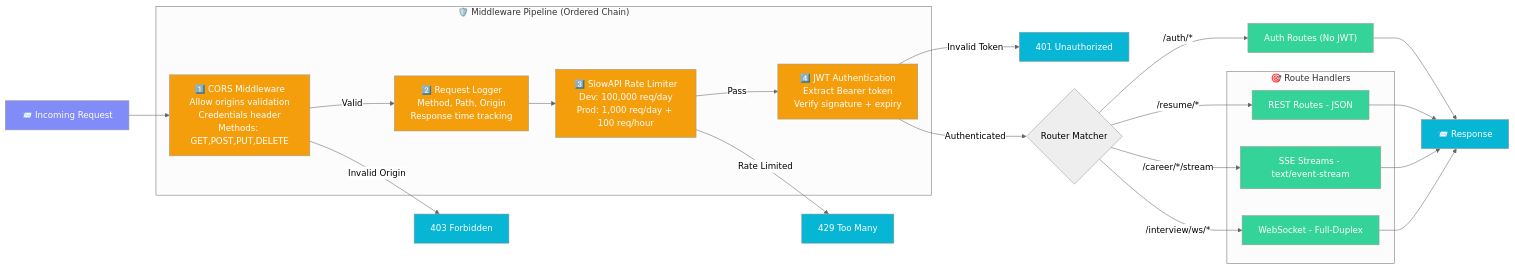
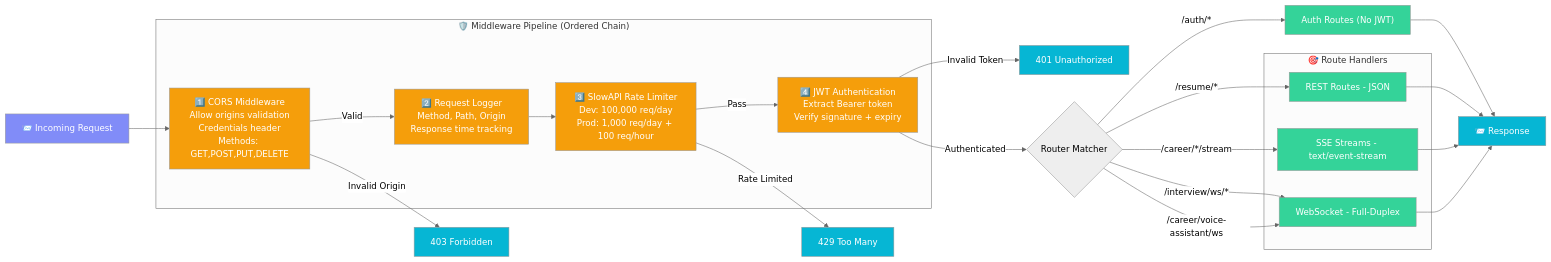
Diagram 15 of 33 in documentation/ARCHITECTURE.md (Anil-Pradhan-web/ai-career-mentor), drawn with Mermaid (neutral theme) before and after one commit. The commit also changed other lines of this file and 3 other files, not shown here.

First line of the commit message:
docs: update all documentation — ARCHITECTURE, SYSTEM, API, DOCKER_GUIDE verified against codebase

````diff
--- a/documentation/ARCHITECTURE.md
+++ b/documentation/ARCHITECTURE.md
@@ -784,44 +784,45 @@
 ```mermaid
 graph LR
     classDef req fill:#818cf8,color:#fff
     classDef mid fill:#f59e0b,color:#fff
     classDef route fill:#34d399,color:#fff
     classDef resp fill:#06b6d4,color:#fff
 
     REQ["📨 Incoming Request"]
     
     subgraph "🛡️ Middleware Pipeline (Ordered Chain)"
         CORS["1️⃣ CORS Middleware<br/>Allow origins validation<br/>Credentials header<br/>Methods: GET,POST,PUT,DELETE"]
         LOG["2️⃣ Request Logger<br/>Method, Path, Origin<br/>Response time tracking"]
         SLOW["3️⃣ SlowAPI Rate Limiter<br/>Dev: 100,000 req/day<br/>Prod: 1,000 req/day + 100 req/hour"]
         JWT["4️⃣ JWT Authentication<br/>Extract Bearer token<br/>Verify signature + expiry"]
     end
     
     subgraph "🎯 Route Handlers"
         REST["REST Routes - JSON"]
         SSE["SSE Streams - text/event-stream"]
         WS["WebSocket - Full-Duplex"]
     end
 
     REQ --> CORS
     CORS -->|"Invalid Origin"| REJ_CORS["403 Forbidden"]
     CORS -->|"Valid"| LOG
     LOG --> SLOW
     SLOW -->|"Rate Limited"| REJ_429["429 Too Many"]
     SLOW -->|"Pass"| JWT
     
     JWT -->|"Invalid Token"| REJ_401["401 Unauthorized"]
     JWT -->|"Authenticated"| ROUTER{"Router Matcher"}
     
     ROUTER -->|"/auth/*"| AUTH_R["Auth Routes (No JWT)"]
     ROUTER -->|"/resume/*"| REST
     ROUTER -->|"/career/*/stream"| SSE
     ROUTER -->|"/interview/ws/*"| WS
+    ROUTER -->|"/career/voice-assistant/ws"| WS
     
     AUTH_R & REST & SSE & WS --> RESP["📨 Response"]
 
     class REQ req
     class CORS,LOG,SLOW,JWT mid
     class AUTH_R,REST,SSE,WS route
     class RESP,REJ_CORS,REJ_429,REJ_401 resp
 ```
````
